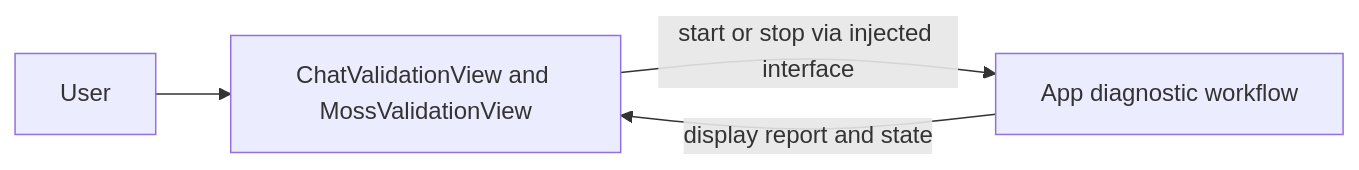
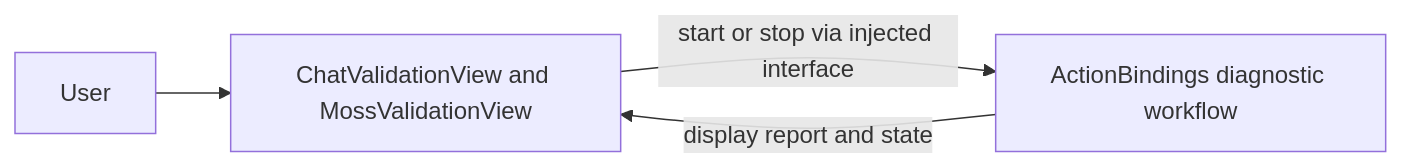
The diagram in MobileHarness/UI/Diagnostics/README.md (devilyouwei/MobileHarness), drawn with Mermaid before and after one commit. The commit also changed other lines of this file and 254 other files, not shown here.

First line of the commit message:
refactor: isolate app composition and module bindings

````diff
--- a/MobileHarness/UI/Diagnostics/README.md
+++ b/MobileHarness/UI/Diagnostics/README.md
@@ -15,6 +15,6 @@
 ```mermaid
 flowchart LR
  User --> Forms[ChatValidationView and MossValidationView]
- Forms -->|start or stop via injected interface| App[App diagnostic workflow]
- App -->|display report and state| Forms
+ Forms -->|start or stop via injected interface| Bindings[ActionBindings diagnostic workflow]
+ Bindings -->|display report and state| Forms
 ```
````
